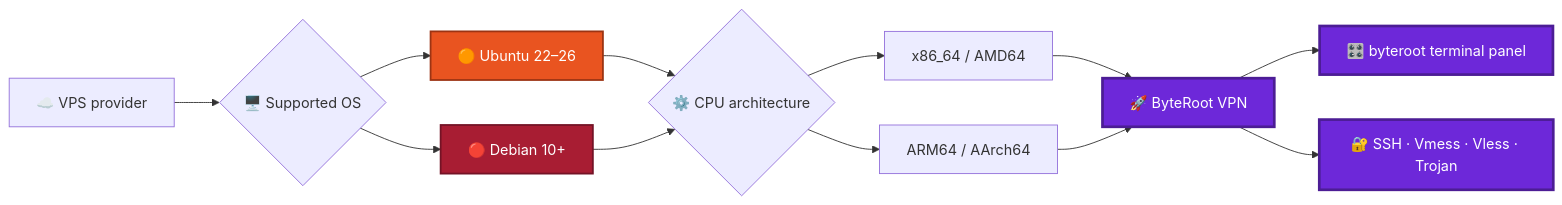
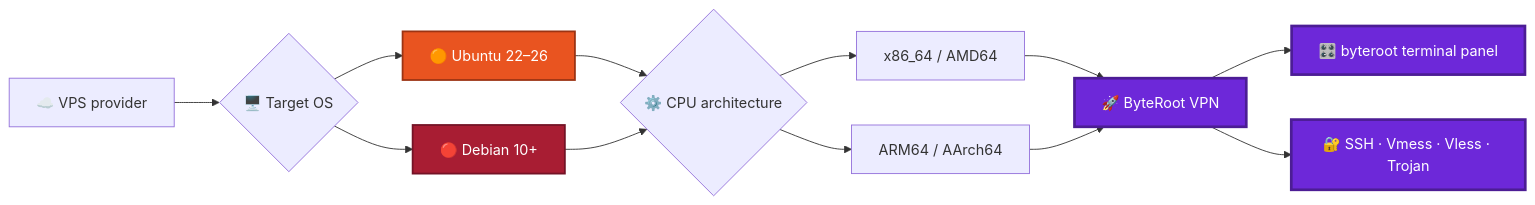
The diagram in README.md (PacketBreaker/byteroot-vpn), drawn with Mermaid before and after one commit. The commit also changed other lines of this file, not shown here.

First line of the commit message:
Improve README: honest intended-target notes, remove unverified provider claims

````diff
--- a/README.md
+++ b/README.md
@@ -27,21 +31,21 @@
 ```mermaid
 flowchart LR
-    VPS["☁️ VPS provider"] --> OS{"🖥️ Supported OS"}
+    VPS["☁️ VPS provider"] --> OS{"🖥️ Target OS"}
     OS --> UB["🟠 Ubuntu 22–26"]
     OS --> DEB["🔴 Debian 10+"]
     UB --> ARCH{"⚙️ CPU architecture"}
     DEB --> ARCH
     ARCH --> X["x86_64 / AMD64"]
     ARCH --> A["ARM64 / AArch64"]
     X --> BR["🚀 ByteRoot VPN"]
     A --> BR
     BR --> PANEL["🎛️ byteroot terminal panel"]
     BR --> PROTO["🔐 SSH · Vmess · Vless · Trojan"]
 
     classDef ubuntu fill:#E95420,color:#fff,stroke:#9c3413,stroke-width:2px;
     classDef debian fill:#A81D33,color:#fff,stroke:#741326,stroke-width:2px;
     classDef main fill:#6D28D9,color:#fff,stroke:#4C1D95,stroke-width:3px;
     class UB ubuntu;
     class DEB debian;
     class BR,PANEL,PROTO main;
 ```
````
